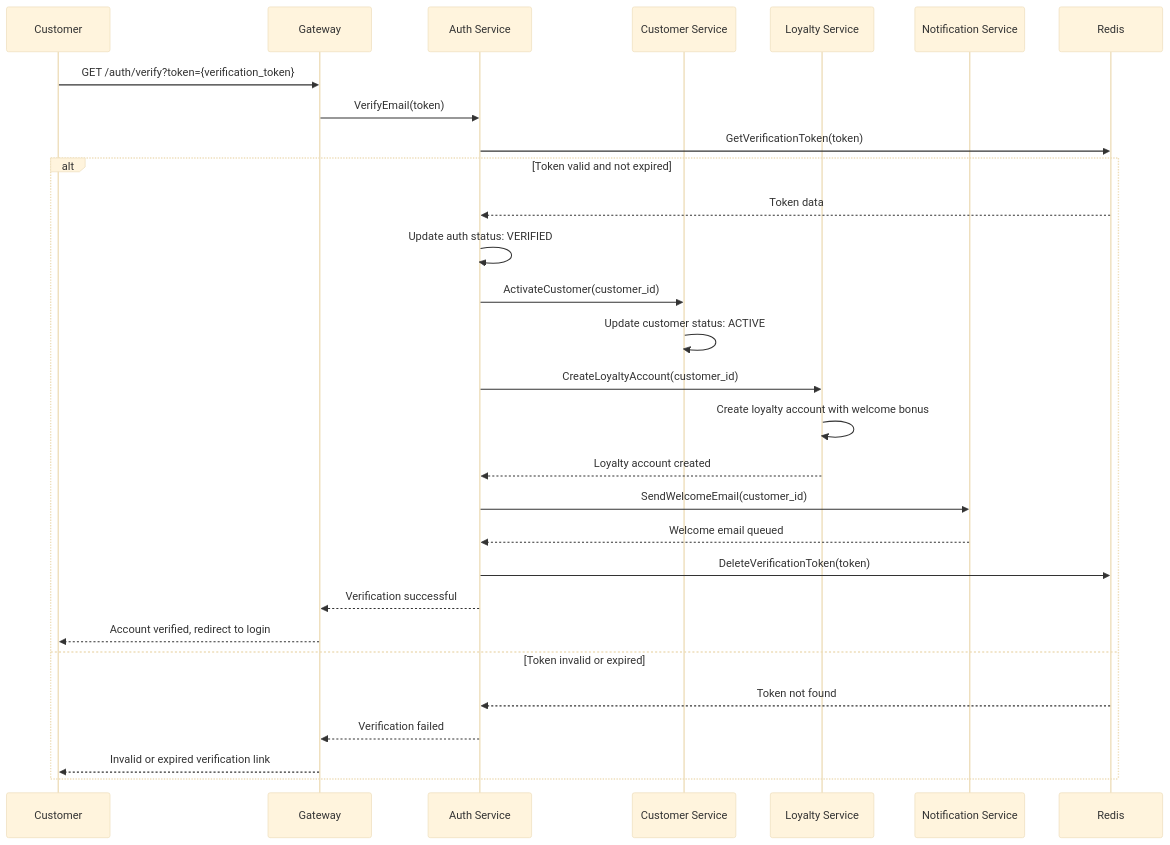
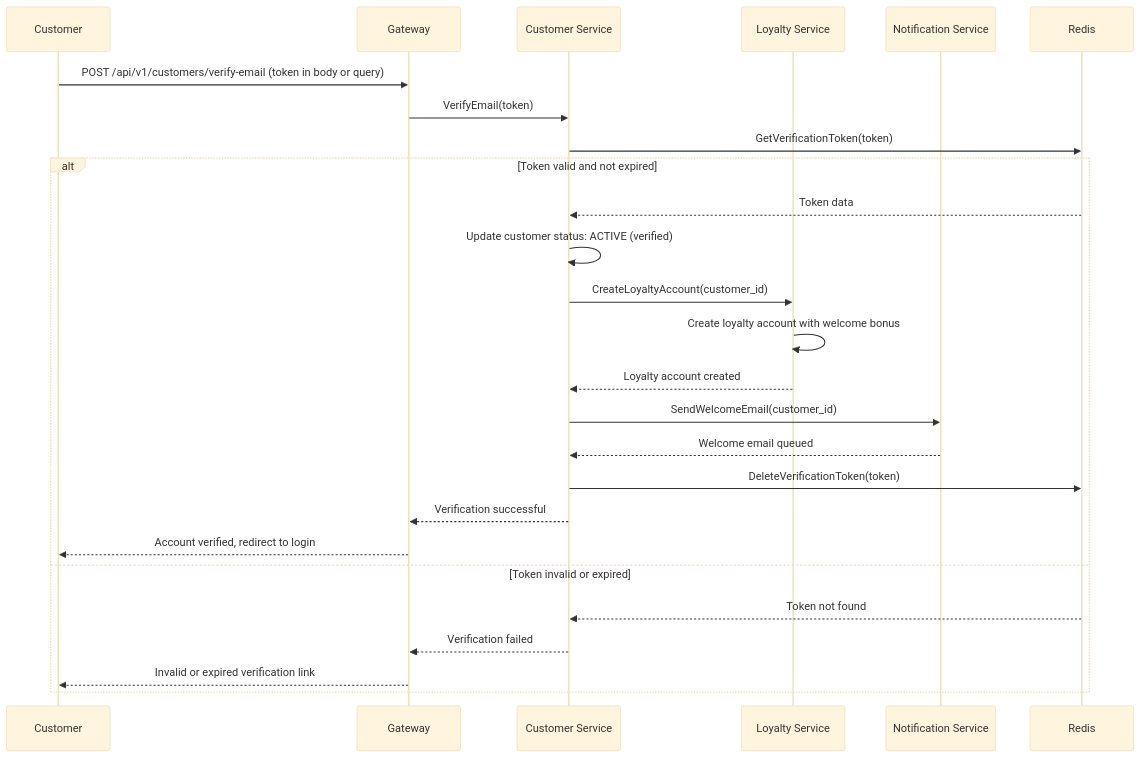
Before and after one commit to vesviet/Composable-Commerce-Service-Architecture: the second of 15 diagrams in 05-workflows/customer-journey/account-management.md, drawn with Mermaid (base theme). The commit also changed other lines of this file and 79 other files, not shown here.

First line of the commit message:
docs: workflow reviews, sequence diagrams, checklists and completeness assessment

````diff
--- a/05-workflows/customer-journey/account-management.md
+++ b/05-workflows/customer-journey/account-management.md
@@ -95,36 +109,33 @@
 ```mermaid
 sequenceDiagram
     participant C as Customer
     participant G as Gateway
-    participant A as Auth Service
     participant CUS as Customer Service
     participant L as Loyalty Service
     participant N as Notification Service
     participant Cache as Redis
     
-    C->>G: GET /auth/verify?token={verification_token}
-    G->>A: VerifyEmail(token)
+    C->>G: POST /api/v1/customers/verify-email (token in body or query)
+    G->>CUS: VerifyEmail(token)
     
-    A->>Cache: GetVerificationToken(token)
+    CUS->>Cache: GetVerificationToken(token)
     alt Token valid and not expired
-        Cache-->>A: Token data
-        A->>A: Update auth status: VERIFIED
-        A->>CUS: ActivateCustomer(customer_id)
-        CUS->>CUS: Update customer status: ACTIVE
+        Cache-->>CUS: Token data
+        CUS->>CUS: Update customer status: ACTIVE (verified)
         
-        A->>L: CreateLoyaltyAccount(customer_id)
+        CUS->>L: CreateLoyaltyAccount(customer_id)
         L->>L: Create loyalty account with welcome bonus
-        L-->>A: Loyalty account created
+        L-->>CUS: Loyalty account created
         
-        A->>N: SendWelcomeEmail(customer_id)
-        N-->>A: Welcome email queued
+        CUS->>N: SendWelcomeEmail(customer_id)
+        N-->>CUS: Welcome email queued
         
-        A->>Cache: DeleteVerificationToken(token)
-        A-->>G: Verification successful
+        CUS->>Cache: DeleteVerificationToken(token)
+        CUS-->>G: Verification successful
         G-->>C: Account verified, redirect to login
     else Token invalid or expired
-        Cache-->>A: Token not found
-        A-->>G: Verification failed
+        Cache-->>CUS: Token not found
+        CUS-->>G: Verification failed
         G-->>C: Invalid or expired verification link
     end
 ```
````
